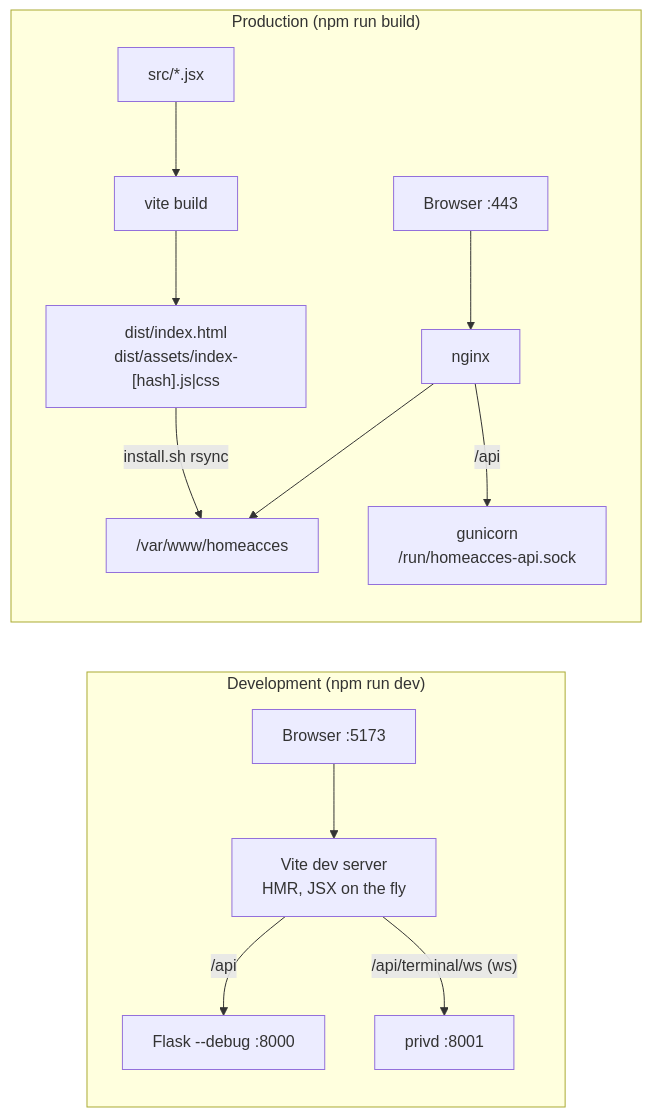
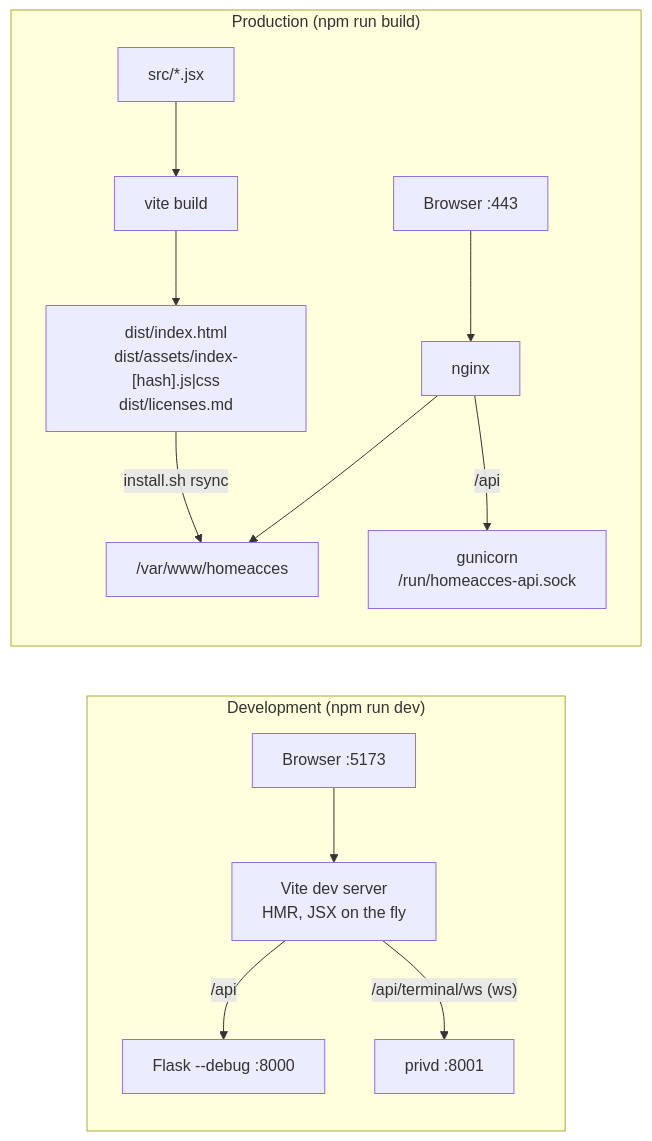
Before and after one commit to juanecito/Home_Access_Web: the sixth of 6 diagrams in doc/05-frontend.md, drawn with Mermaid. The commit also changed other lines of this file and 4 other files, not shown here.

````diff
--- a/doc/05-frontend.md
+++ b/doc/05-frontend.md
@@ -248,14 +248,14 @@
 ```mermaid
 flowchart LR
     subgraph Dev["Development (npm run dev)"]
         B1["Browser :5173"] --> V["Vite dev server<br/>HMR, JSX on the fly"]
         V -- "/api" --> F1["Flask --debug :8000"]
         V -- "/api/terminal/ws (ws)" --> P1["privd :8001"]
     end
     subgraph Prod["Production (npm run build)"]
-        SRC["src/*.jsx"] --> VB["vite build"] --> DIST["dist/index.html<br/>dist/assets/index-[hash].js|css"]
+        SRC["src/*.jsx"] --> VB["vite build"] --> DIST["dist/index.html<br/>dist/assets/index-[hash].js|css<br/>dist/licenses.md"]
         DIST -- "install.sh rsync" --> WWW["/var/www/homeacces"]
         B2["Browser :443"] --> NG["nginx"] --> WWW
         NG -- "/api" --> G["gunicorn<br/>/run/homeacces-api.sock"]
     end
 ```
````
